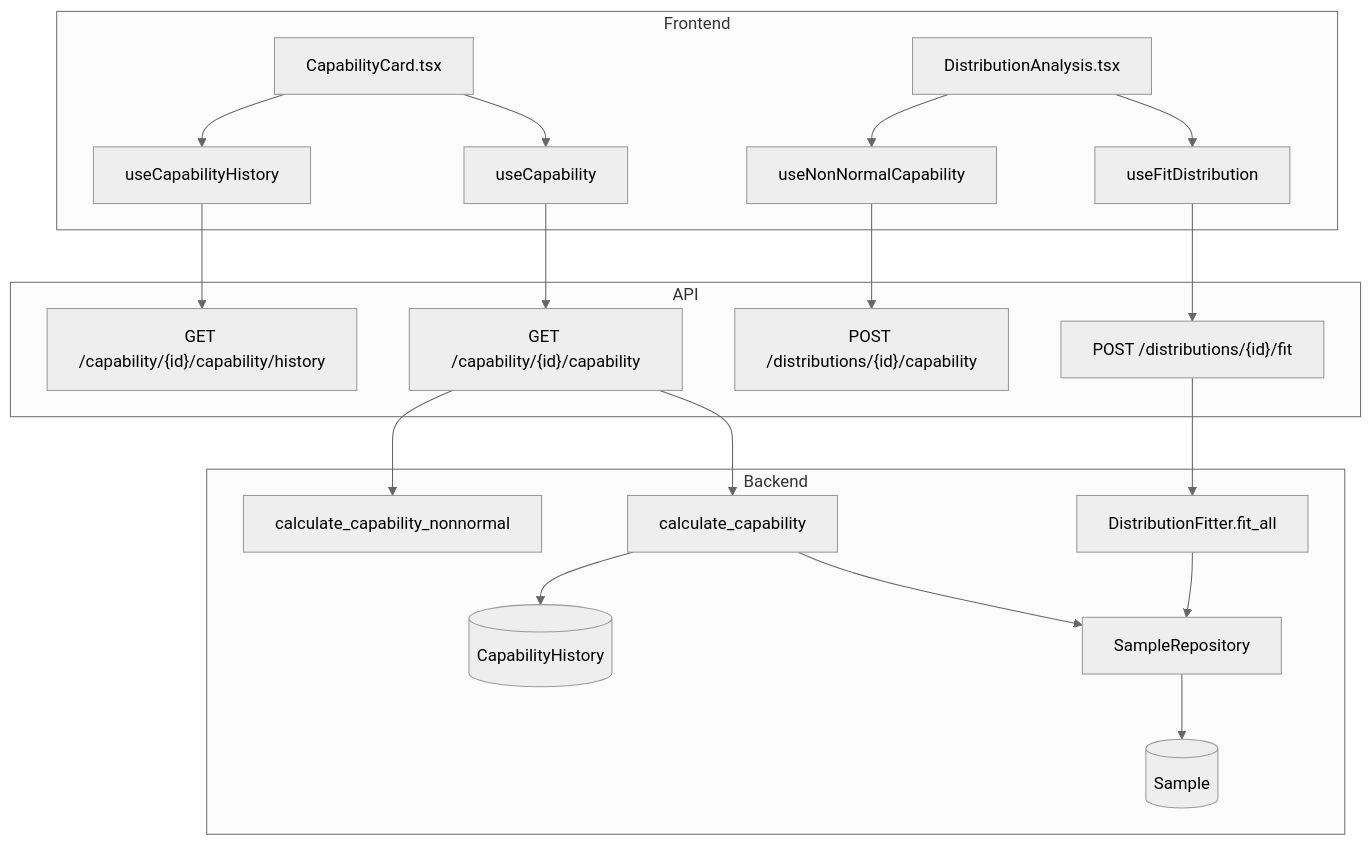
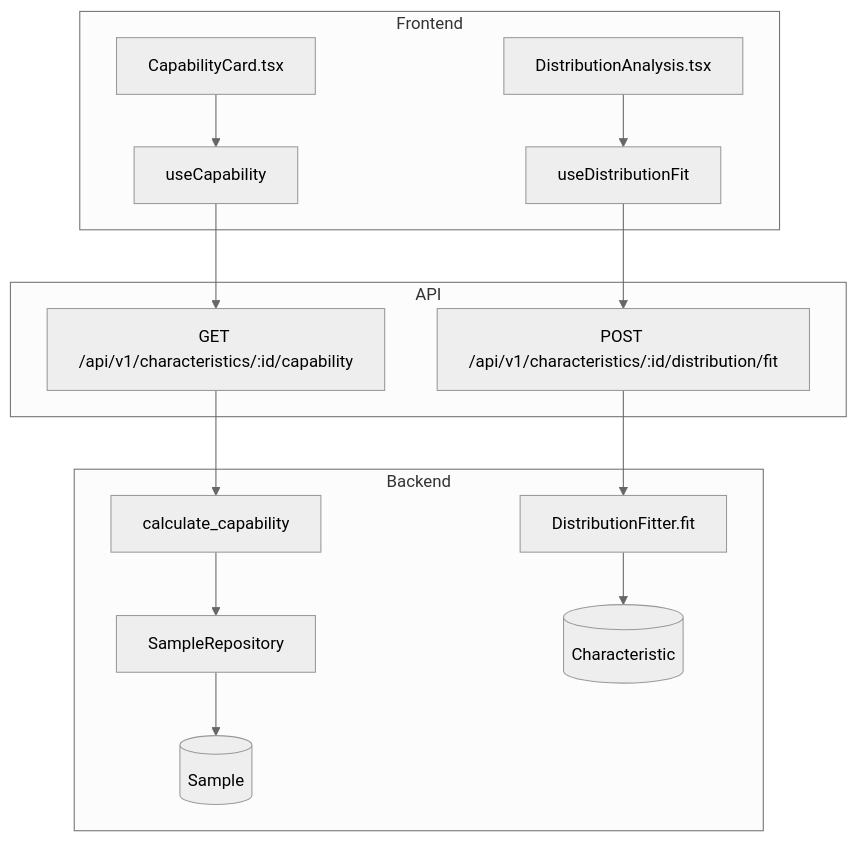
One commit to saturnis-io/cassini changed the first of 2 diagrams in .knowledge/features/capability.md. Above: the diagram before and after it, drawn with Mermaid (neutral theme). The commit also changed other lines of this file and 15 other files, not shown here.

Commit message:
knowledge-graph: regenerate

````diff
--- a/.knowledge/features/capability.md
+++ b/.knowledge/features/capability.md
@@ -5,24 +5,18 @@
 ```mermaid
 flowchart TD
     subgraph Frontend
         C1[CapabilityCard.tsx] --> H1[useCapability]
-        C1 --> H2[useCapabilityHistory]
-        C2[DistributionAnalysis.tsx] --> H3[useFitDistribution]
-        C2 --> H4[useNonNormalCapability]
+        C2[DistributionAnalysis.tsx] --> H2[useDistributionFit]
     end
     subgraph API
-        H1 --> E1["GET /capability/{id}/capability"]
-        H2 --> E2["GET /capability/{id}/capability/history"]
-        H3 --> E3["POST /distributions/{id}/fit"]
-        H4 --> E4["POST /distributions/{id}/capability"]
+        H1 --> E1[GET /api/v1/characteristics/:id/capability]
+        H2 --> E2[POST /api/v1/characteristics/:id/distribution/fit]
     end
     subgraph Backend
         E1 --> S1[calculate_capability]
-        E1 --> S1b[calculate_capability_nonnormal]
-        E3 --> S2[DistributionFitter.fit_all]
         S1 --> R1[SampleRepository]
-        S2 --> R1
         R1 --> M1[(Sample)]
-        S1 --> M2[(CapabilityHistory)]
+        E2 --> S2[DistributionFitter.fit]
+        S2 --> M2[(Characteristic)]
     end
 ```
````
